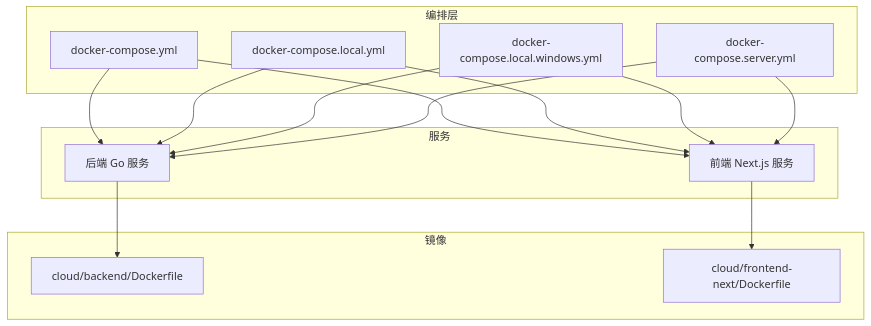
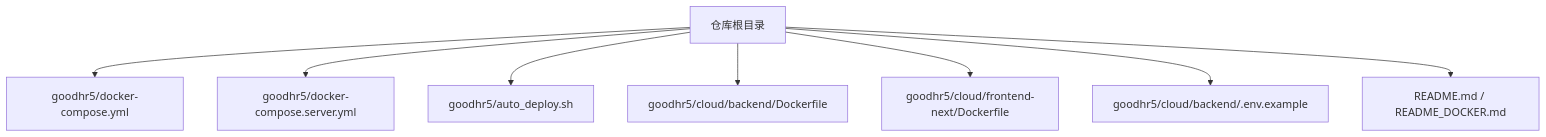
The first of 9 diagrams in .qoder/repowiki/zh/content/部署指南/生产环境部署/自动化部署流程.md (alvinwangzi/goodhr), drawn with Mermaid before and after one commit. The commit also changed other lines of this file and 149 other files, not shown here.

````diff
--- a/.qoder/repowiki/zh/content/部署指南/生产环境部署/自动化部署流程.md
+++ b/.qoder/repowiki/zh/content/部署指南/生产环境部署/自动化部署流程.md
@@ -37,27 +42,10 @@
 ```mermaid
 graph TB
-subgraph "编排层"
-DC["docker-compose.yml"]
-DCL["docker-compose.local.yml"]
-DCLW["docker-compose.local.windows.yml"]
-DCS["docker-compose.server.yml"]
-end
-subgraph "服务"
-BE["后端 Go 服务"]
-FE["前端 Next.js 服务"]
-end
-subgraph "镜像"
-BE_IMG["cloud/backend/Dockerfile"]
-FE_IMG["cloud/frontend-next/Dockerfile"]
-end
-DC --> BE
-DC --> FE
-DCL --> BE
-DCL --> FE
-DCLW --> BE
-DCLW --> FE
-DCS --> BE
-DCS --> FE
-BE --> BE_IMG
-FE --> FE_IMG
+A["仓库根目录"] --> B["goodhr5/docker-compose.yml"]
+A --> C["goodhr5/docker-compose.server.yml"]
+A --> D["goodhr5/auto_deploy.sh"]
+A --> E["goodhr5/cloud/backend/Dockerfile"]
+A --> F["goodhr5/cloud/frontend-next/Dockerfile"]
+A --> G["goodhr5/cloud/backend/.env.example"]
+A --> H["README.md / README_DOCKER.md"]
 ```
````
